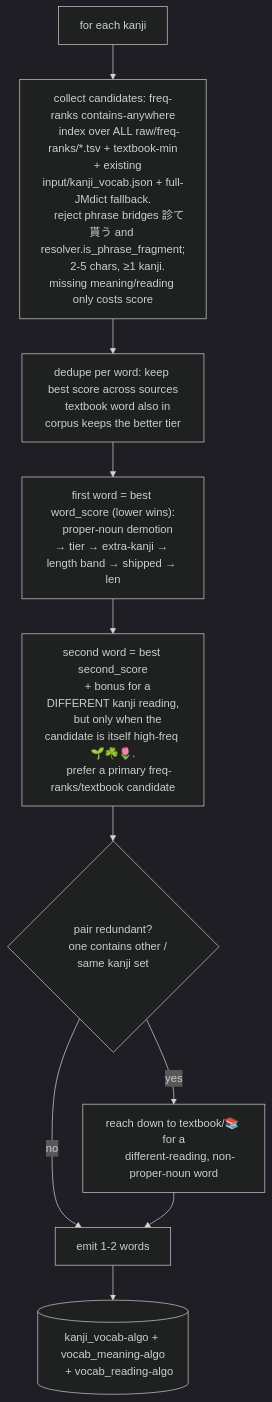
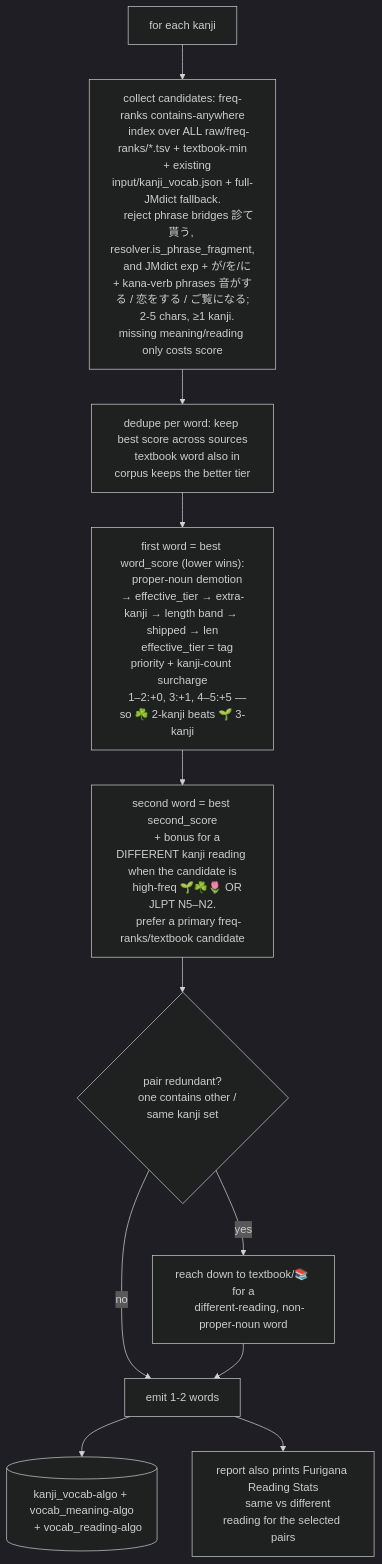
One commit to PikaPikaGems/kanji-heatmap-data changed the sixth of 8 diagrams in notes/flowchart.md. Above: the diagram before and after it, drawn with Mermaid (dark theme). The commit also changed 5 other files, not shown here.

````diff
--- a/notes/flowchart.md
+++ b/notes/flowchart.md
@@ -275,24 +275,29 @@
 ```mermaid
 flowchart TD
     K[for each kanji] --> C[collect candidates: freq-ranks contains-anywhere
     index over ALL raw/freq-ranks/*.tsv + textbook-min
     + existing input/kanji_vocab.json + full-JMdict fallback.
-    reject phrase bridges 診て貰う and resolver.is_phrase_fragment;
+    reject phrase bridges 診て貰う, resolver.is_phrase_fragment,
+    and JMdict exp + が/を/に + kana-verb phrases 音がする / 恋をする / ご覧になる;
     2-5 chars, ≥1 kanji. missing meaning/reading only costs score]
     C --> DEDUP[dedupe per word: keep best score across sources
     textbook word also in corpus keeps the better tier]
     DEDUP --> S1["first word = best word_score (lower wins):
-    proper-noun demotion → tier → extra-kanji → length band → shipped → len"]
+    proper-noun demotion → effective_tier → extra-kanji → length band → shipped → len
+    effective_tier = tag priority + kanji-count surcharge
+    1–2:+0, 3:+1, 4–5:+5 — so ☘️ 2-kanji beats 🌱 3-kanji"]
     S1 --> S2[second word = best second_score
-    + bonus for a DIFFERENT kanji reading,
-    but only when the candidate is itself high-freq 🌱☘️🌷.
+    + bonus for a DIFFERENT kanji reading when the candidate is
+    high-freq 🌱☘️🌷 OR JLPT N5–N2.
     prefer a primary freq-ranks/textbook candidate]
     S2 --> RP{pair redundant?
     one contains other / same kanji set}
     RP -- yes --> ALT[reach down to textbook/📚 for a
     different-reading, non-proper-noun word]
     RP -- no --> EMIT
     ALT --> EMIT[emit 1-2 words]
     EMIT --> W[(kanji_vocab-algo + vocab_meaning-algo
     + vocab_reading-algo)]
+    EMIT --> STATS[report also prints Furigana Reading Stats
+    same vs different reading for the selected pairs]
 ```
````
